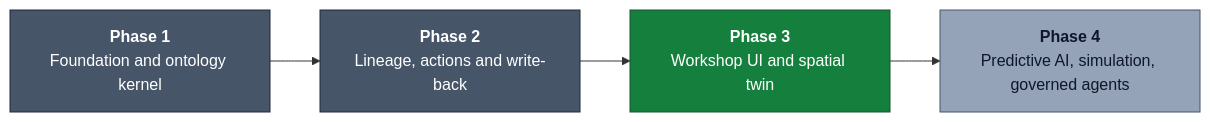
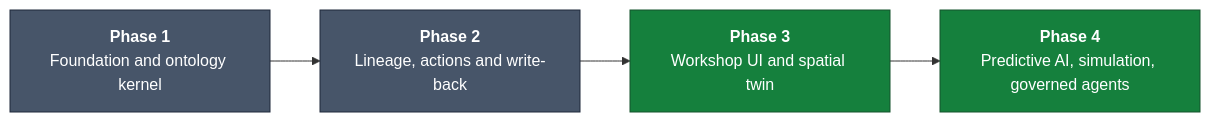
The fifth of 5 diagrams in README.md (veerendra-saraswathi/S2), drawn with Mermaid before and after one commit. The commit also changed other lines of this file and 42 other files, not shown here.

First line of the commit message:
Phase 4, slice 1: governed agents

````diff
--- a/README.md
+++ b/README.md
@@ -336,13 +338,13 @@
 ```mermaid
 flowchart LR
     p1["<b>Phase 1</b><br/>Foundation and ontology kernel"]:::done
     p2["<b>Phase 2</b><br/>Lineage, actions and write-back"]:::done
     p3["<b>Phase 3</b><br/>Workshop UI and spatial twin"]:::now
-    p4["<b>Phase 4</b><br/>Predictive AI, simulation, governed agents"]:::later
+    p4["<b>Phase 4</b><br/>Predictive AI, simulation, governed agents"]:::now
     p1 --> p2 --> p3 --> p4
 
     classDef done fill:#475569,stroke:#1e293b,color:#ffffff
     classDef now fill:#15803d,stroke:#14532d,color:#ffffff
     classDef next fill:#2563eb,stroke:#1e3a8a,color:#ffffff
     classDef later fill:#94a3b8,stroke:#475569,color:#0f172a
 ```
````
